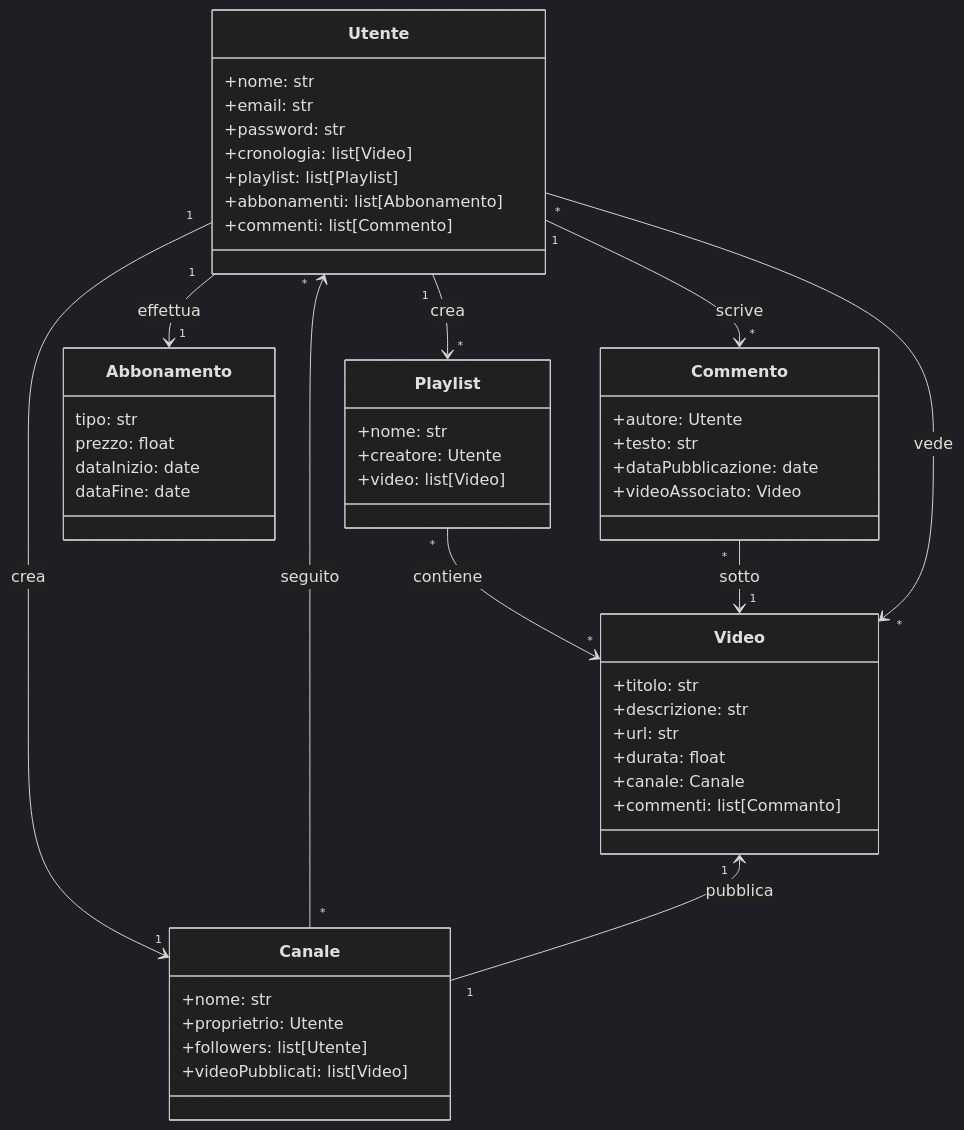
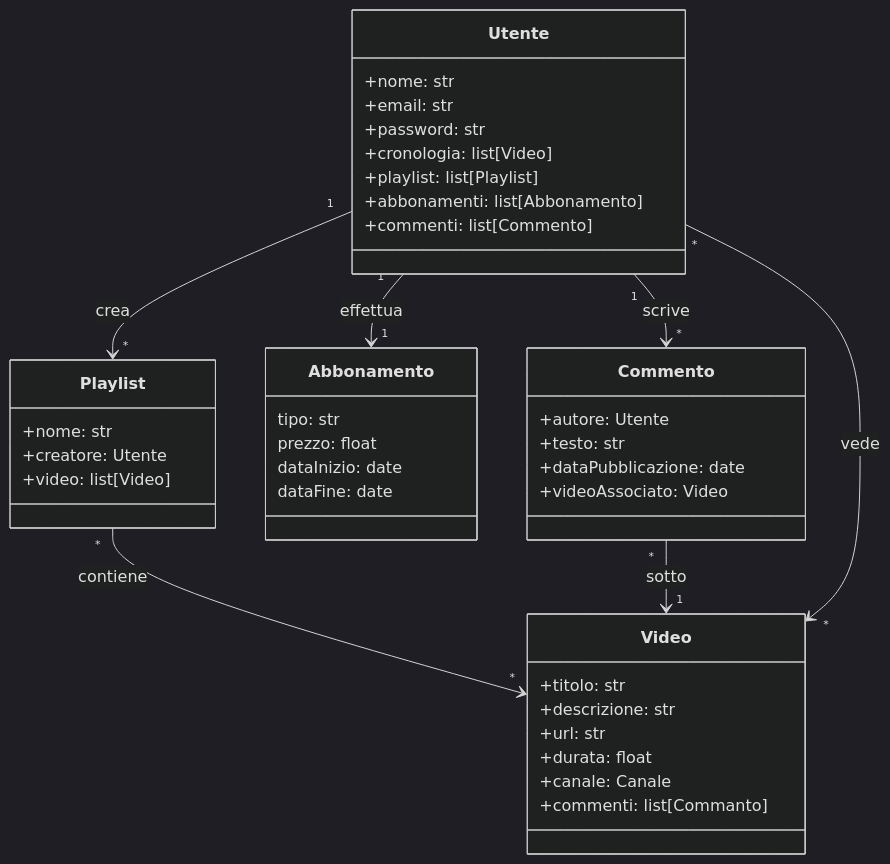
Before and after one commit to CristianMonticelli/io: the diagram in esercizio_32/monticelli_032.md, drawn with Mermaid (dark theme).

```diff
--- a/esercizio_32/monticelli_032.md
+++ b/esercizio_32/monticelli_032.md
@@ -68,21 +68,12 @@
 
     
 
-    class Canale{
-        +nome: str
-        +proprietrio: Utente
-        +followers: list[Utente]
-        +videoPubblicati: list[Video]
     
-    }
     Playlist "*" --> "*" Video : contiene
     Utente "1" --> "*" Playlist : crea
     Utente "1" --> "1" Abbonamento : effettua
     Utente "1" --> "*" Commento : scrive
     Commento "*" --> "1" Video : sotto
-    Utente "1" --> "1" Canale : crea
-    Utente "*" <-- "*" Canale : seguito
-    Video "1" <-- "1" Canale : pubblica
     Utente "*" --> "*" Video : vede
 
     %% class Piattaforma{
```
